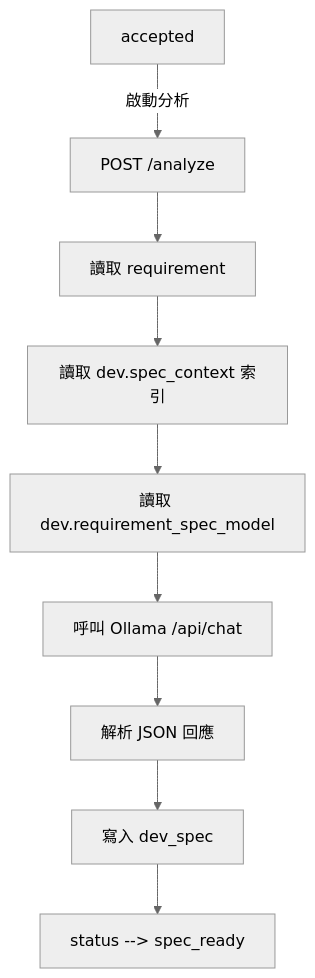
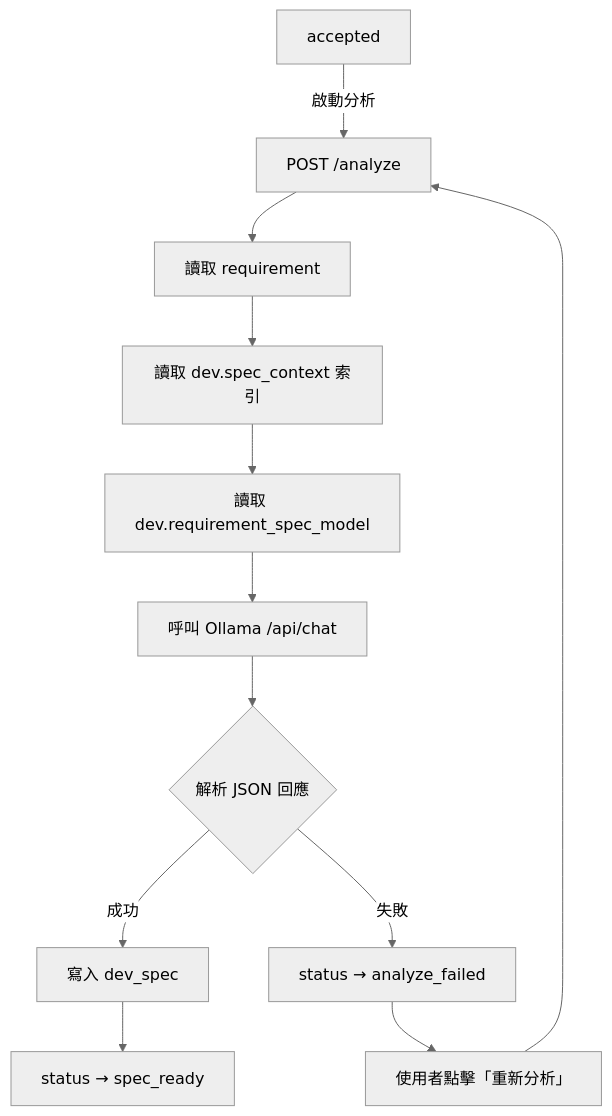
The first of 2 diagrams in .docs/Spec/系統開發/03-規格產出.md (DanielChung520/aibox-th), drawn with Mermaid (neutral theme) before and after one commit. The commit also changed other lines of this file and 60 other files, not shown here.

````diff
--- a/.docs/Spec/系統開發/03-規格產出.md
+++ b/.docs/Spec/系統開發/03-規格產出.md
@@ -14,11 +14,14 @@
 ```mermaid
 graph TD
     A[accepted] -->|啟動分析| B[POST /analyze]
     B --> C[讀取 requirement]
     C --> D[讀取 dev.spec_context 索引]
     D --> E[讀取 dev.requirement_spec_model]
     E --> F[呼叫 Ollama /api/chat]
-    F --> G[解析 JSON 回應]
-    G --> H[寫入 dev_spec]
-    H --> I[status --> spec_ready]
+    F --> G{解析 JSON 回應}
+    G -->|成功| H[寫入 dev_spec]
+    H --> I[status → spec_ready]
+    G -->|失敗| J[status → analyze_failed]
+    J --> K[使用者點擊「重新分析」]
+    K --> B
 ```
````
